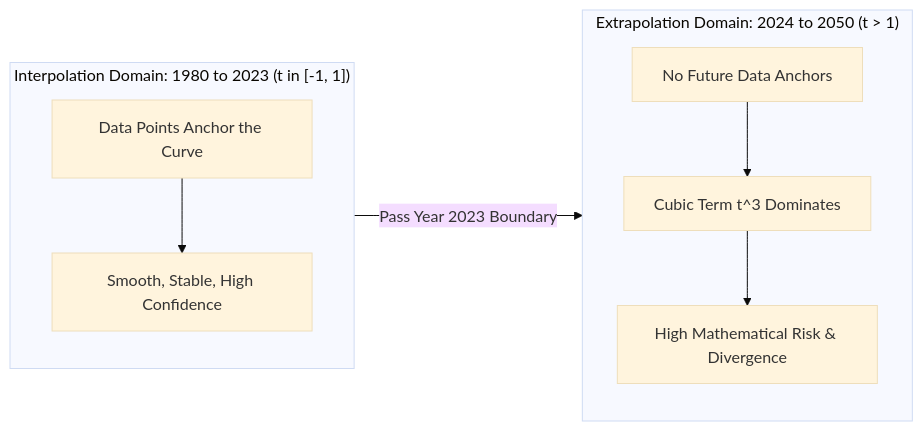
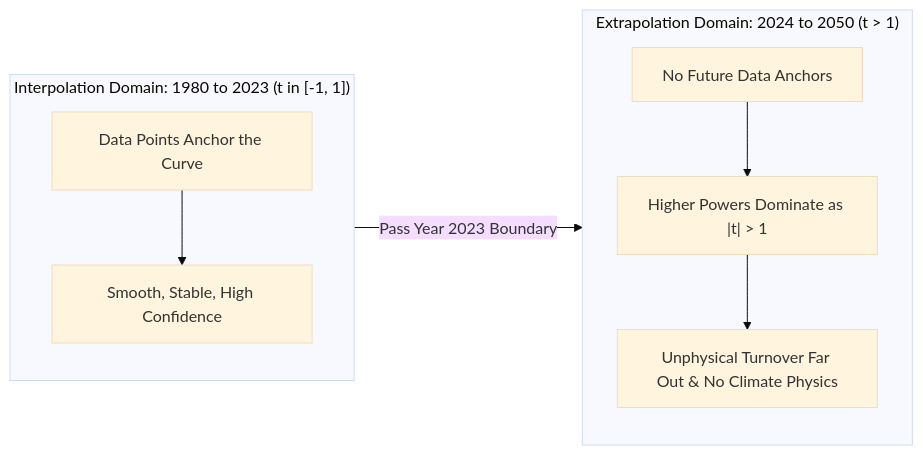
The fourth of 5 diagrams in INTUITIVE_PROJECT_GUIDE.md (YatishGowda09/climate-change-linear-algebra), drawn with Mermaid (base theme) before and after one commit. The commit also changed other lines of this file and 6 other files, not shown here.

````diff
--- a/INTUITIVE_PROJECT_GUIDE.md
+++ b/INTUITIVE_PROJECT_GUIDE.md
@@ -251,11 +282,11 @@
 ```mermaid
 flowchart LR
     subgraph InterpolationZone["Interpolation Domain: 1980 to 2023 (t in [-1, 1])"]
         D1["Data Points Anchor the Curve"] --> D2["Smooth, Stable, High Confidence"]
     end
     subgraph ExtrapolationZone["Extrapolation Domain: 2024 to 2050 (t > 1)"]
-        E1["No Future Data Anchors"] --> E2["Cubic Term t^3 Dominates"]
-        E2 --> E3["High Mathematical Risk & Divergence"]
+        E1["No Future Data Anchors"] --> E2["Higher Powers Dominate as |t| > 1"]
+        E2 --> E3["Unphysical Turnover Far Out & No Climate Physics"]
     end
     InterpolationZone -->|Pass Year 2023 Boundary| ExtrapolationZone
 ```
````
